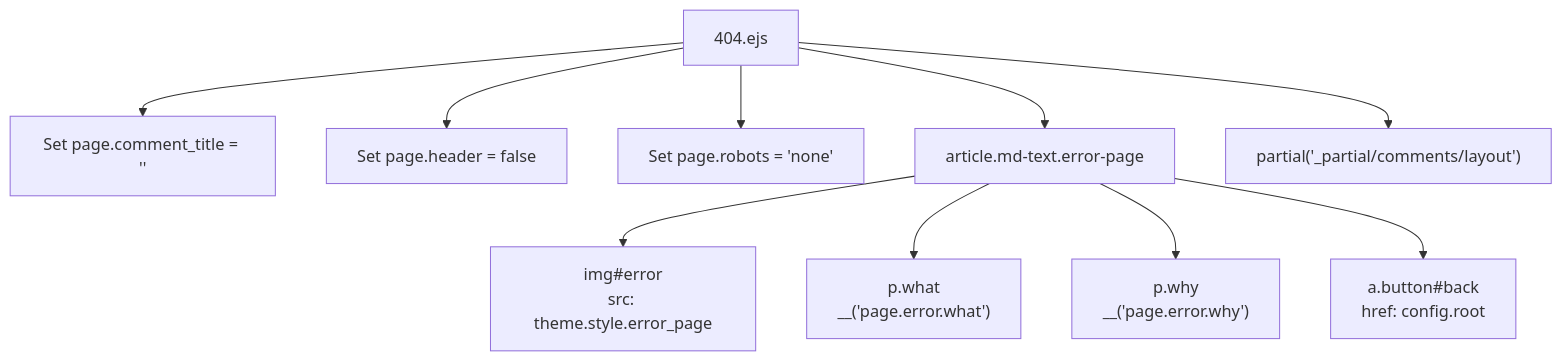
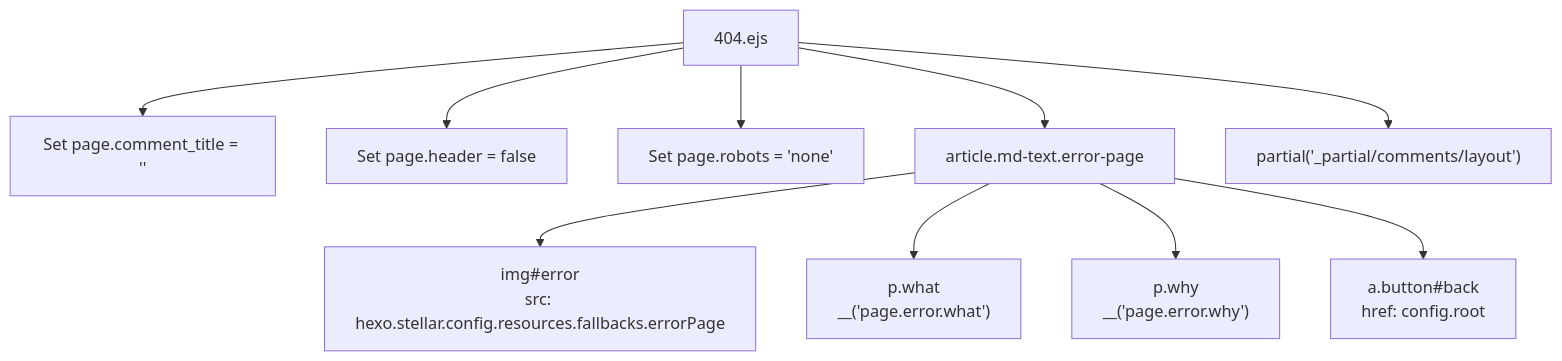
The first of 3 diagrams in docs/knowledge/03-内容系统/error-pages.md (xaoxuu/hexo-theme-stellar), drawn with Mermaid before and after one commit. The commit also changed other lines of this file and 79 other files, not shown here.

````diff
--- a/docs/knowledge/03-内容系统/error-pages.md
+++ b/docs/knowledge/03-内容系统/error-pages.md
@@ -46,12 +46,12 @@
 ```mermaid
 flowchart TD
   A["404.ejs"] --> B["Set page.comment_title = ''"]
   A --> C["Set page.header = false"]
   A --> D["Set page.robots = 'none'"]
   A --> E["article.md-text.error-page"]
-  E --> F["img#error\nsrc: theme.style.error_page"]
+  E --> F["img#error\nsrc: hexo.stellar.config.resources.fallbacks.errorPage"]
   E --> G["p.what\n__('page.error.what')"]
   E --> H["p.why\n__('page.error.why')"]
   E --> I["a.button#back\nhref: config.root"]
   A --> J["partial('_partial/comments/layout')"]
 ```
````
